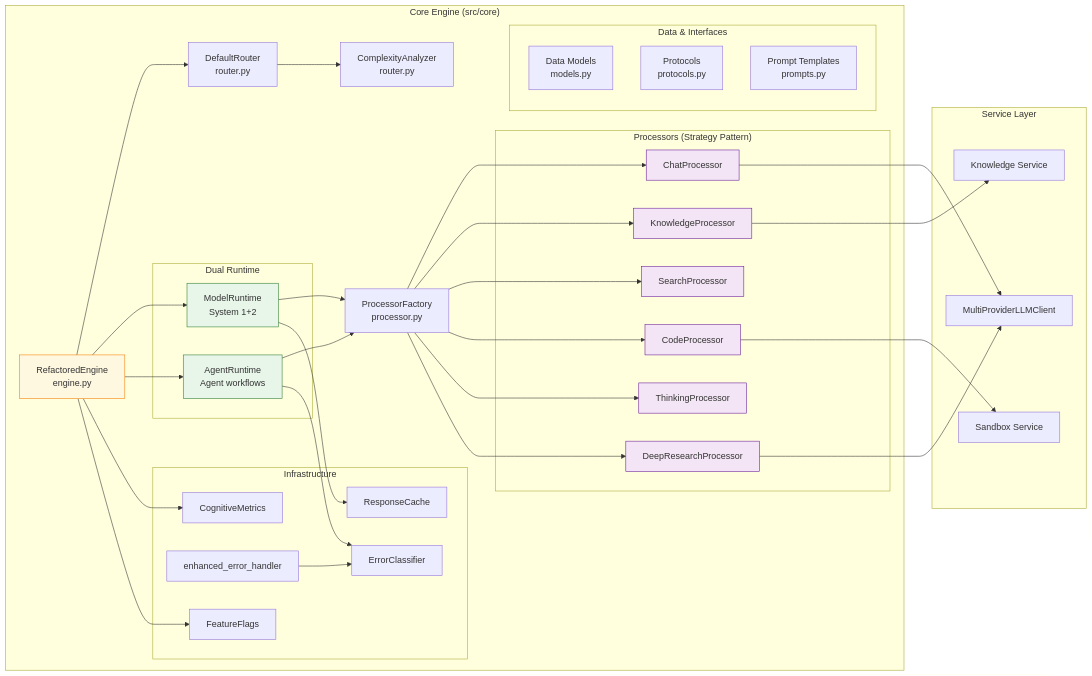
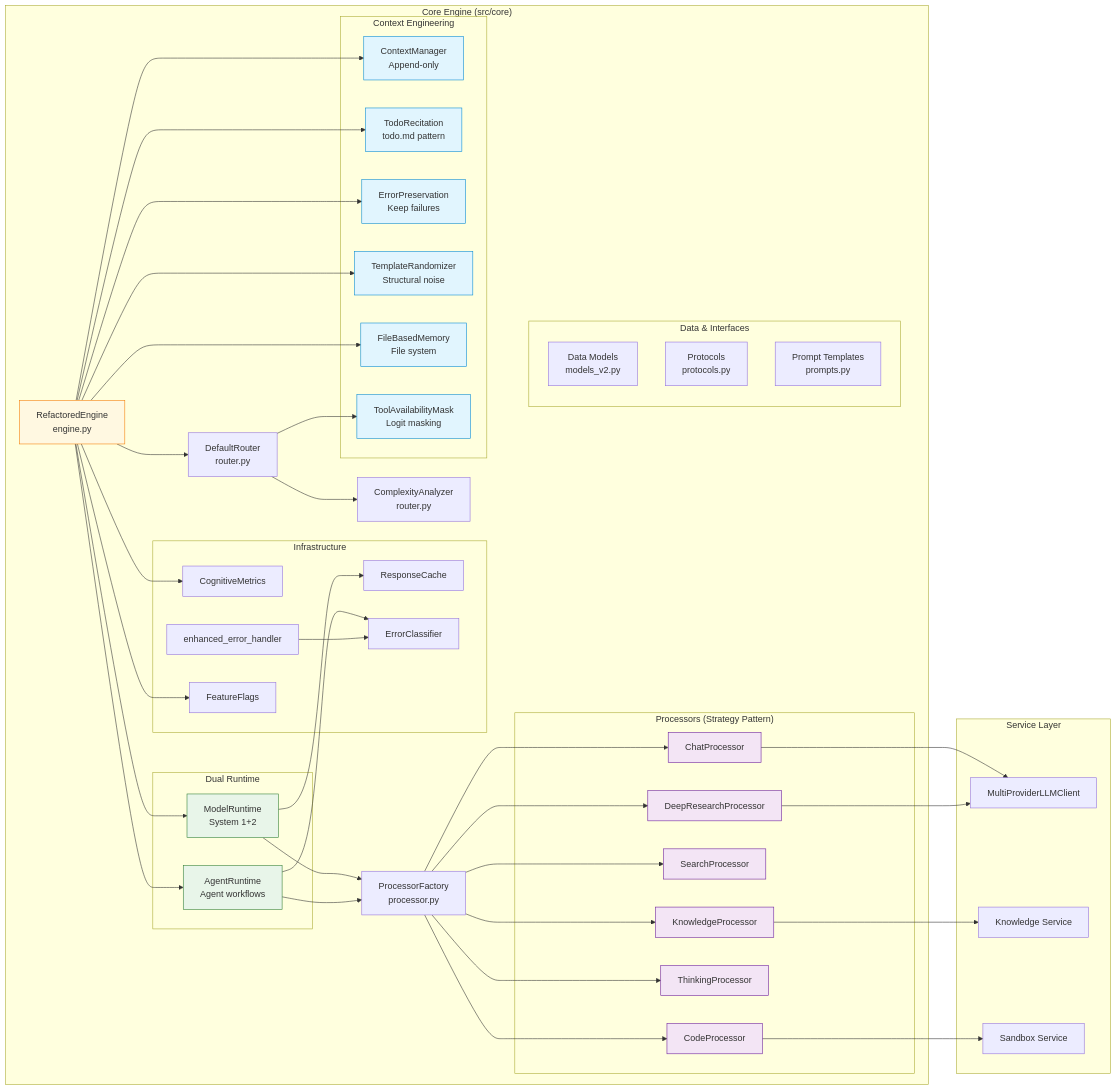
The third of 6 diagrams in Architecture_Refactoring_Toolkit/project_docs/06_architecture_and_design_document.md (Zenobia000/openagent_backend), drawn with Mermaid before and after one commit. The commit also changed other lines of this file and 48 other files, not shown here.

First line of the commit message:
feat(v3.1): context engineering + docs alignment

````diff
--- a/Architecture_Refactoring_Toolkit/project_docs/06_architecture_and_design_document.md
+++ b/Architecture_Refactoring_Toolkit/project_docs/06_architecture_and_design_document.md
@@ -170,8 +185,17 @@
             Flags[FeatureFlags]
         end
 
+        subgraph "Context Engineering"
+            CE_Ctx[ContextManager<br/>Append-only]
+            CE_Todo[TodoRecitation<br/>todo.md pattern]
+            CE_Err[ErrorPreservation<br/>Keep failures]
+            CE_Tpl[TemplateRandomizer<br/>Structural noise]
+            CE_Mem[FileBasedMemory<br/>File system]
+            CE_Mask[ToolAvailabilityMask<br/>Logit masking]
+        end
+
         subgraph "Data & Interfaces"
-            Models[Data Models<br/>models.py]
+            Models[Data Models<br/>models_v2.py]
             Protocols[Protocols<br/>protocols.py]
             Prompts[Prompt Templates<br/>prompts.py]
         end
@@ -208,10 +232,18 @@
 
     Engine --> Metrics
     Engine --> Flags
+    Engine --> CE_Ctx
+    Engine --> CE_Todo
+    Engine --> CE_Err
+    Engine --> CE_Tpl
+    Engine --> CE_Mem
+    Router --> CE_Mask
 
     style Engine fill:#FFF8E1,stroke:#F57C00
     classDef processor fill:#F3E5F5,stroke:#6A1B9A
     classDef runtime fill:#E8F5E9,stroke:#2E7D32
+    classDef ce fill:#E1F5FE,stroke:#0288D1
     class Chat,Knowledge,Search,Code,Thinking,DeepResearch processor
     class MRT,ART runtime
+    class CE_Ctx,CE_Todo,CE_Err,CE_Tpl,CE_Mem,CE_Mask ce
 ```
````
